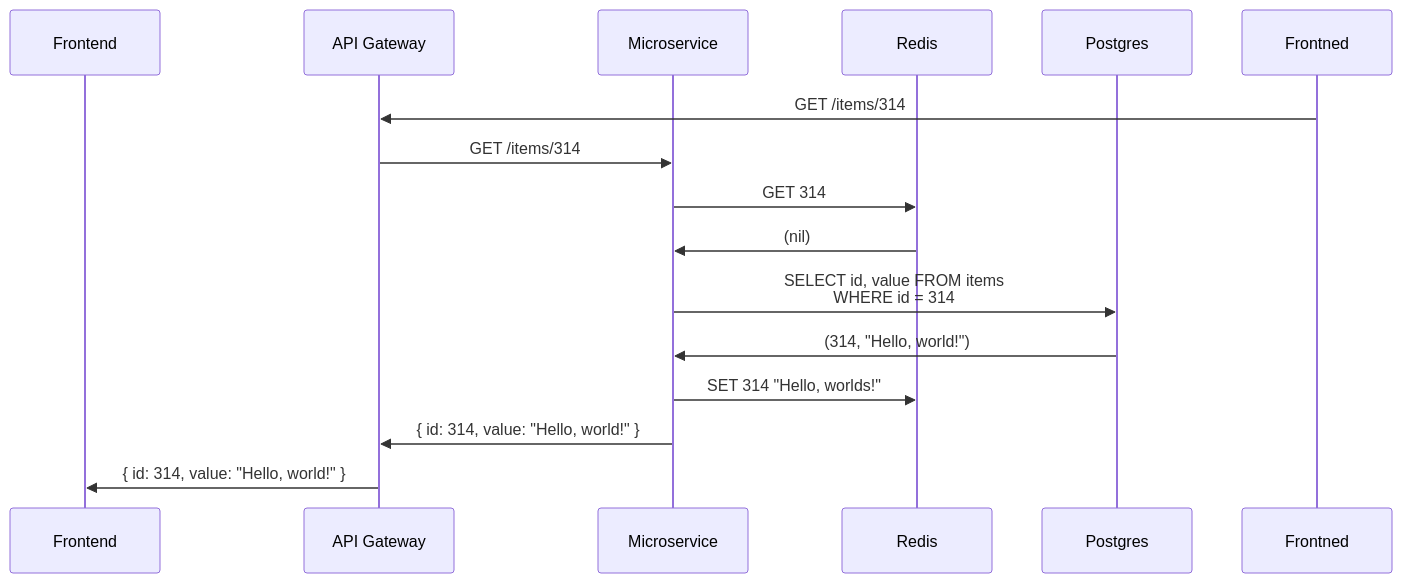
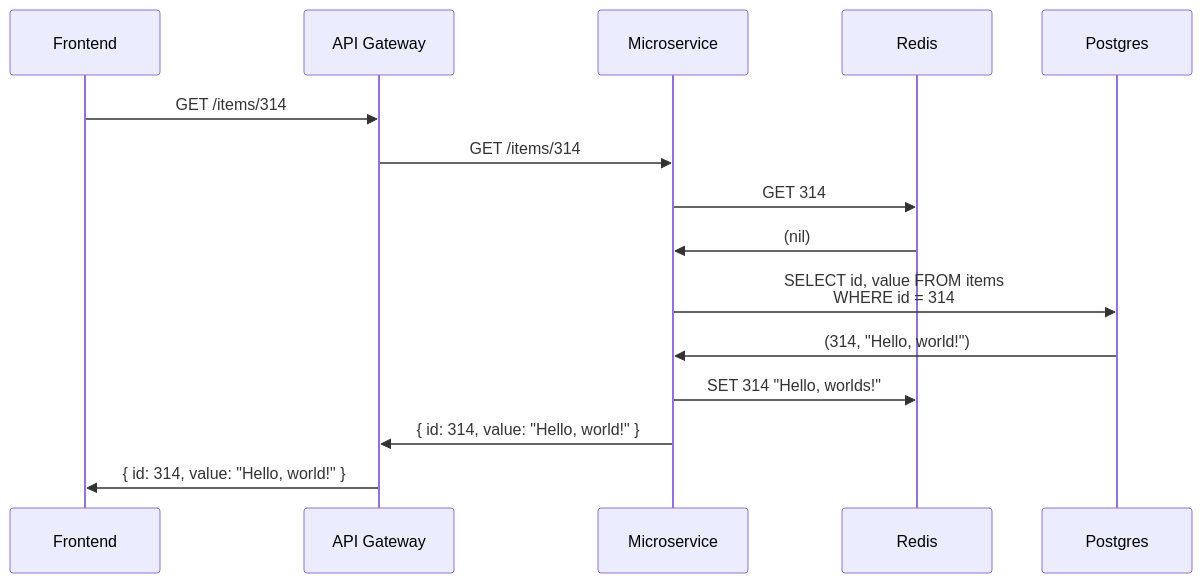
One commit to markshevchenko/team-battles changed the diagram in shortball.md. Above: the diagram before and after it, drawn with Mermaid.

````diff
--- a/shortball.md
+++ b/shortball.md
@@ -35,17 +35,17 @@
 ```mermaid
 sequenceDiagram
   participant Frontend
   participant API Gateway
   participant Microservice
   participant Redis
   participant Postgres
-  Frontned->>API Gateway: GET /items/314
+  Frontend->>API Gateway: GET /items/314
   API Gateway->>Microservice: GET /items/314
   Microservice->>Redis: GET 314
   Redis->>Microservice: (nil)
   Microservice->>Postgres: SELECT id, value FROM items<br />WHERE id = 314
   Postgres->>Microservice: (314, "Hello, world!")
   Microservice->>Redis: SET 314 "Hello, worlds!"
   Microservice->>API Gateway: { id: 314, value: "Hello, world!" }
   API Gateway->>Frontend: { id: 314, value: "Hello, world!" }
 ```
````
